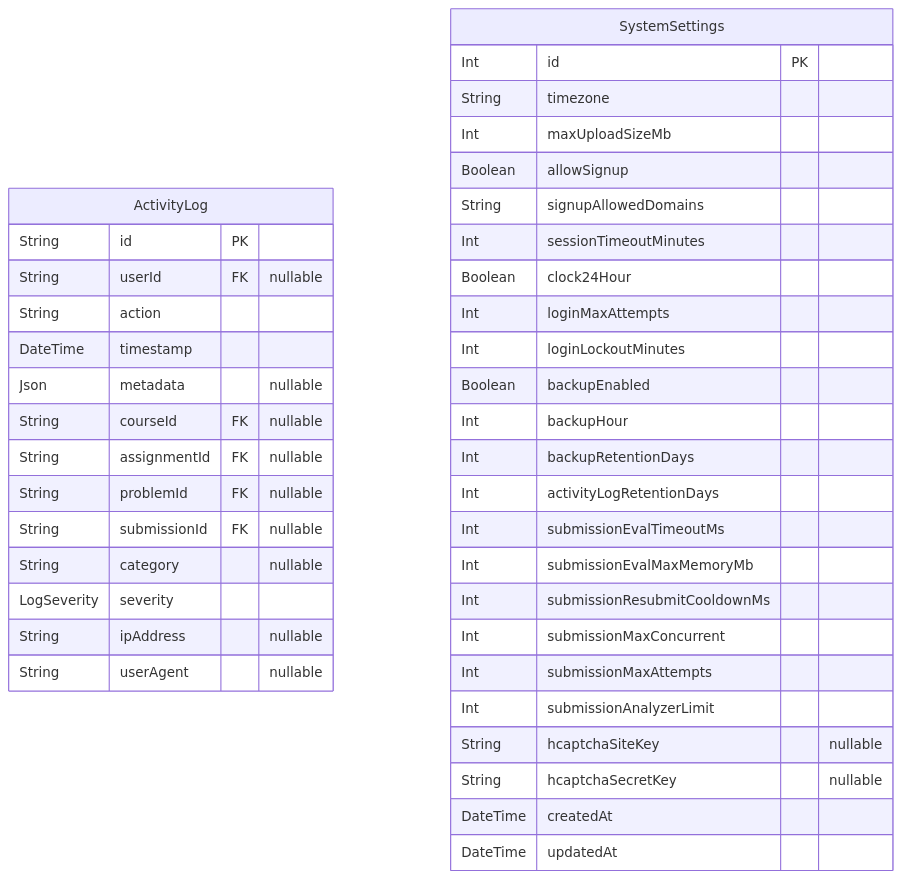
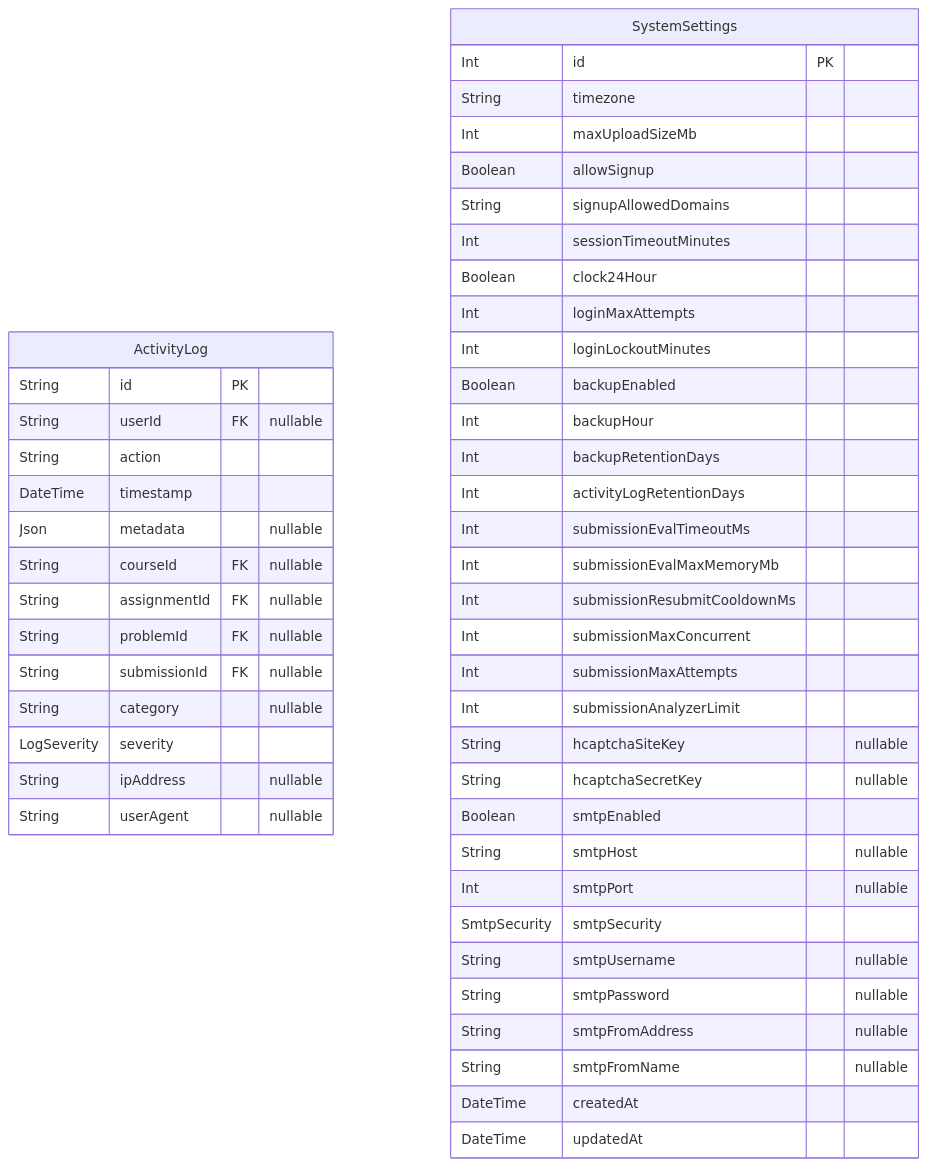
The fifth of 5 diagrams in docs-site/docs/reference/database-schema.md (PennStateCS/AFCT), drawn with Mermaid before and after one commit. The commit also changed other lines of this file and 17 other files, not shown here.

````diff
--- a/docs-site/docs/reference/database-schema.md
+++ b/docs-site/docs/reference/database-schema.md
@@ -619,43 +619,51 @@
 ```mermaid
 erDiagram
 "ActivityLog" {
   String id PK
   String userId FK "nullable"
   String action
   DateTime timestamp
   Json metadata "nullable"
   String courseId FK "nullable"
   String assignmentId FK "nullable"
   String problemId FK "nullable"
   String submissionId FK "nullable"
   String category "nullable"
   LogSeverity severity
   String ipAddress "nullable"
   String userAgent "nullable"
 }
 "SystemSettings" {
   Int id PK
   String timezone
   Int maxUploadSizeMb
   Boolean allowSignup
   String signupAllowedDomains
   Int sessionTimeoutMinutes
   Boolean clock24Hour
   Int loginMaxAttempts
   Int loginLockoutMinutes
   Boolean backupEnabled
   Int backupHour
   Int backupRetentionDays
   Int activityLogRetentionDays
   Int submissionEvalTimeoutMs
   Int submissionEvalMaxMemoryMb
   Int submissionResubmitCooldownMs
   Int submissionMaxConcurrent
   Int submissionMaxAttempts
   Int submissionAnalyzerLimit
   String hcaptchaSiteKey "nullable"
   String hcaptchaSecretKey "nullable"
+  Boolean smtpEnabled
+  String smtpHost "nullable"
+  Int smtpPort "nullable"
+  SmtpSecurity smtpSecurity
+  String smtpUsername "nullable"
+  String smtpPassword "nullable"
+  String smtpFromAddress "nullable"
+  String smtpFromName "nullable"
   DateTime createdAt
   DateTime updatedAt
 }
 ```
````
